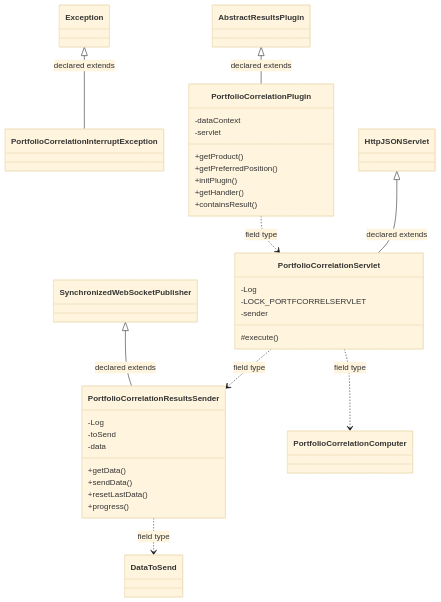
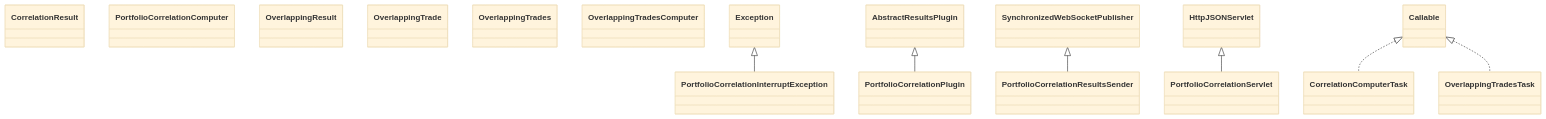
Before and after one commit to haruperi/HaruQuantAI: the diagram in docs/sqx/Results/ResultsPortfolioCorrelation.md, drawn with Mermaid (base theme). The commit also changed other lines of this file and 1688 other files, not shown here.

````diff
--- a/docs/sqx/Results/ResultsPortfolioCorrelation.md
+++ b/docs/sqx/Results/ResultsPortfolioCorrelation.md
@@ -30,43 +26,26 @@
 ```mermaid
 classDiagram
-    class C81f2f5daaa0c["PortfolioCorrelationInterruptException"] {
-    }
-    class C3c3831fa180e["PortfolioCorrelationPlugin"] {
-        -dataContext
-        -servlet
-        +getProduct()
-        +getPreferredPosition()
-        +initPlugin()
-        +getHandler()
-        +containsResult()
-    }
-    class Cf21c05c543f3["PortfolioCorrelationResultsSender"] {
-        -Log
-        -toSend
-        -data
-        +getData()
-        +sendData()
-        +resetLastData()
-        +progress()
-    }
-    class C00af609914fd["PortfolioCorrelationServlet"] {
-        -Log
-        -LOCK_PORTFCORRELSERVLET
-        -sender
-        #execute()
-    }
-    class C7ae88390024c["PortfolioCorrelationComputer"]
-    class C6128eed56b6d["DataToSend"]
-    class Ce87cf9854aad["SynchronizedWebSocketPublisher"]
-    class C180e0c3f58c3["AbstractResultsPlugin"]
-    class C8900f90ae594["HttpJSONServlet"]
-    class C4bc2cd7a4e9d["Exception"]
-    C4bc2cd7a4e9d <|-- C81f2f5daaa0c : declared extends
-    C180e0c3f58c3 <|-- C3c3831fa180e : declared extends
-    C3c3831fa180e ..> C00af609914fd : field type
-    Ce87cf9854aad <|-- Cf21c05c543f3 : declared extends
-    Cf21c05c543f3 ..> C6128eed56b6d : field type
-    C8900f90ae594 <|-- C00af609914fd : declared extends
-    C00af609914fd ..> Cf21c05c543f3 : field type
-    C00af609914fd ..> C7ae88390024c : field type
+    class C0["PortfolioCorrelationInterruptException"]
+    class C1["PortfolioCorrelationPlugin"]
+    class C2["PortfolioCorrelationResultsSender"]
+    class C3["PortfolioCorrelationServlet"]
+    class C4["CorrelationComputerTask"]
+    class C5["CorrelationResult"]
+    class C6["PortfolioCorrelationComputer"]
+    class C7["OverlappingResult"]
+    class C8["OverlappingTrade"]
+    class C9["OverlappingTrades"]
+    class C10["OverlappingTradesComputer"]
+    class C11["OverlappingTradesTask"]
+    class E0["Exception"]
+    E0 <|-- C0
+    class E1["AbstractResultsPlugin"]
+    E1 <|-- C1
+    class E2["SynchronizedWebSocketPublisher"]
+    E2 <|-- C2
+    class E3["HttpJSONServlet"]
+    E3 <|-- C3
+    class E4["Callable"]
+    E4 <|.. C4
+    E4 <|.. C11
 ```
````
